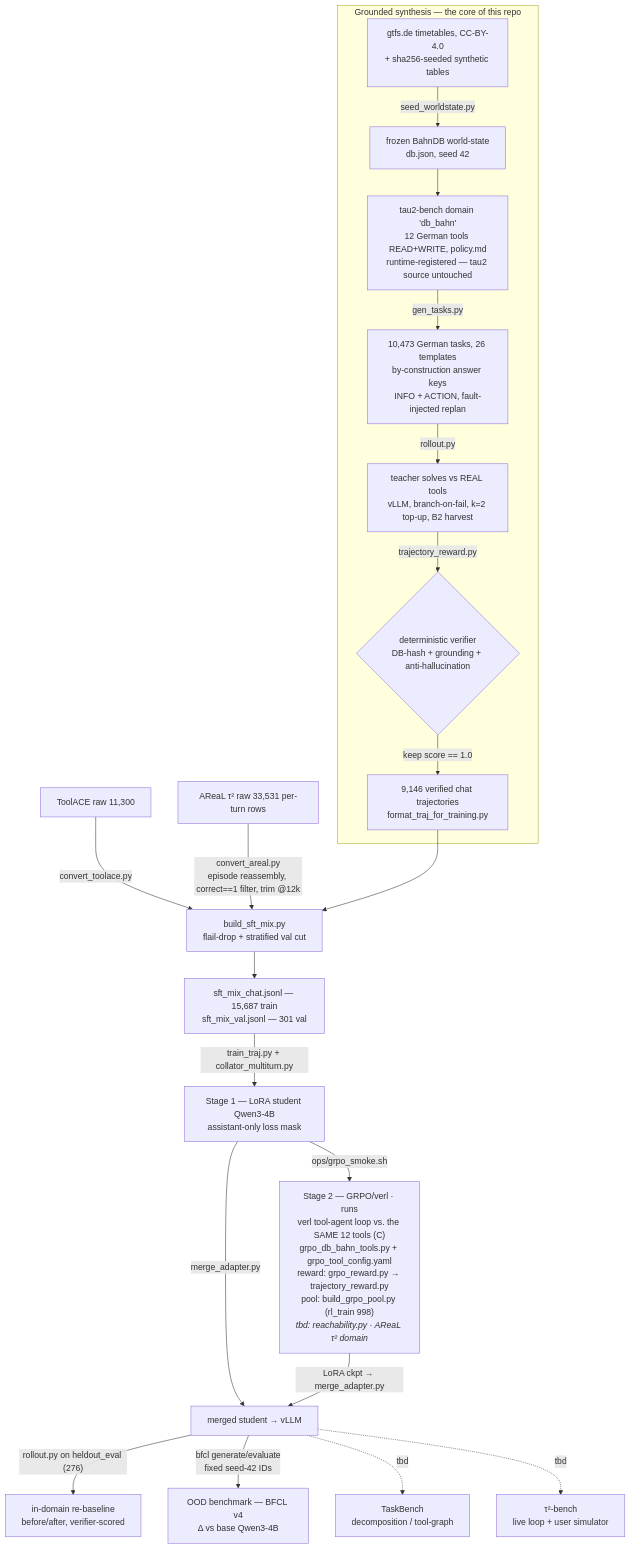
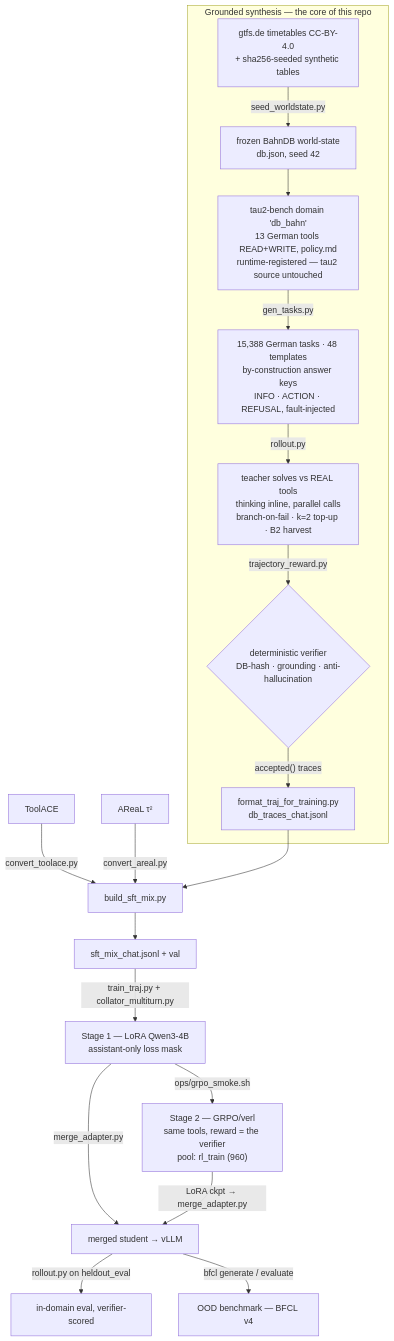
The diagram in README.md (JanneckGit/slm-agentic-training-pipeline), drawn with Mermaid before and after one commit. The commit also changed other lines of this file and 19 other files, not shown here.

````diff
--- a/README.md
+++ b/README.md
@@ -35,23 +35,21 @@
 ```mermaid
 flowchart TD
     subgraph SDG["Grounded synthesis — the core of this repo"]
-        A["gtfs.de timetables, CC-BY-4.0<br/>+ sha256-seeded synthetic tables"] -->|seed_worldstate.py| B["frozen BahnDB world-state<br/>db.json, seed 42"]
-        B --> C["tau2-bench domain 'db_bahn'<br/>12 German tools READ+WRITE, policy.md<br/>runtime-registered — tau2 source untouched"]
-        C -->|gen_tasks.py| D["10,473 German tasks, 26 templates<br/>by-construction answer keys<br/>INFO + ACTION, fault-injected replan"]
-        D -->|rollout.py| E["teacher solves vs REAL tools<br/>vLLM, branch-on-fail, k=2 top-up, B2 harvest"]
-        E -->|trajectory_reward.py| F{"deterministic verifier<br/>DB-hash + grounding + anti-hallucination"}
-        F -->|keep score == 1.0| G["9,146 verified chat trajectories<br/>format_traj_for_training.py"]
+        A["gtfs.de timetables CC-BY-4.0<br/>+ sha256-seeded synthetic tables"] -->|seed_worldstate.py| B["frozen BahnDB world-state<br/>db.json, seed 42"]
+        B --> C["tau2-bench domain 'db_bahn'<br/>13 German tools READ+WRITE, policy.md<br/>runtime-registered — tau2 source untouched"]
+        C -->|gen_tasks.py| D["15,388 German tasks · 48 templates<br/>by-construction answer keys<br/>INFO · ACTION · REFUSAL, fault-injected"]
+        D -->|rollout.py| E["teacher solves vs REAL tools<br/>thinking inline, parallel calls<br/>branch-on-fail · k=2 top-up · B2 harvest"]
+        E -->|trajectory_reward.py| F{"deterministic verifier<br/>DB-hash · grounding · anti-hallucination"}
+        F -->|"accepted() traces"| G["format_traj_for_training.py<br/>db_traces_chat.jsonl"]
     end
-    T["ToolACE raw 11,300"] -->|convert_toolace.py| MIX
-    R["AReaL τ² raw 33,531 per-turn rows"] -->|"convert_areal.py<br/>episode reassembly, correct==1 filter, trim @12k"| MIX
-    G --> MIX["build_sft_mix.py<br/>flail-drop + stratified val cut"]
-    MIX --> M["sft_mix_chat.jsonl — 15,687 train<br/>sft_mix_val.jsonl — 301 val"]
-    M -->|train_traj.py + collator_multiturn.py| H["Stage 1 — LoRA student Qwen3-4B<br/>assistant-only loss mask"]
+    T["ToolACE"] -->|convert_toolace.py| MIX
+    R["AReaL τ²"] -->|convert_areal.py| MIX
+    G --> MIX["build_sft_mix.py"]
+    MIX --> M["sft_mix_chat.jsonl + val"]
+    M -->|"train_traj.py + collator_multiturn.py"| H["Stage 1 — LoRA Qwen3-4B<br/>assistant-only loss mask"]
     H -->|merge_adapter.py| S["merged student → vLLM"]
-    S -->|"rollout.py on heldout_eval (276)"| EV["in-domain re-baseline<br/>before/after, verifier-scored"]
-    S -->|"bfcl generate/evaluate<br/>fixed seed-42 IDs"| OOD["OOD benchmark — BFCL v4<br/>Δ vs base Qwen3-4B"]
-    S -.->|tbd| TB["TaskBench<br/>decomposition / tool-graph"]
-    S -.->|tbd| T2["τ²-bench<br/>live loop + user simulator"]
-    H -->|ops/grpo_smoke.sh| RL["Stage 2 — GRPO/verl · runs<br/>verl tool-agent loop vs. the SAME 12 tools (C)<br/>grpo_db_bahn_tools.py + grpo_tool_config.yaml<br/>reward: grpo_reward.py → trajectory_reward.py<br/>pool: build_grpo_pool.py (rl_train 998)<br/><i>tbd: reachability.py · AReaL τ² domain</i>"]
+    S -->|"rollout.py on heldout_eval"| EV["in-domain eval, verifier-scored"]
+    S -->|"bfcl generate / evaluate"| OOD["OOD benchmark — BFCL v4"]
+    H -->|ops/grpo_smoke.sh| RL["Stage 2 — GRPO/verl<br/>same tools, reward = the verifier<br/>pool: rl_train (960)"]
     RL -->|"LoRA ckpt → merge_adapter.py"| S
 ```
````
